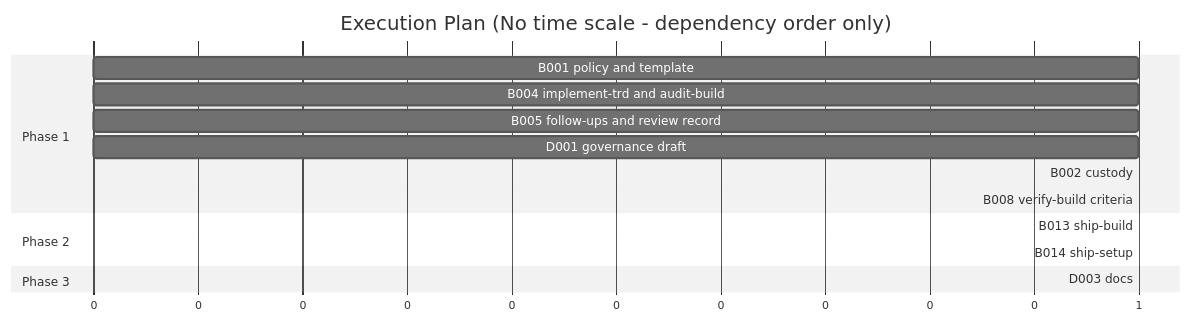
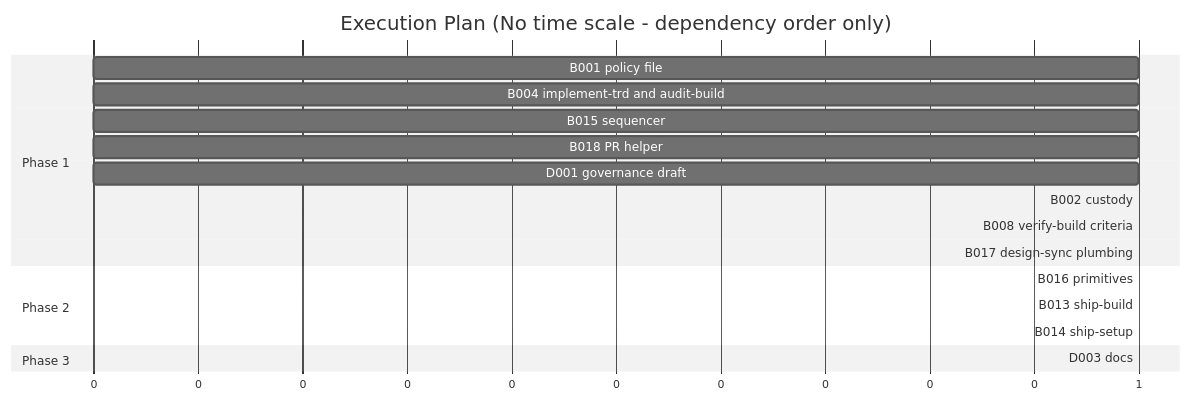
Before and after one commit to FortiumPartners/ensemble-vnext: the third of 3 diagrams in docs/TRD/ship-build.md, drawn with Mermaid (neutral theme). The commit also changed other lines of this file and 1 other file, not shown here.

First line of the commit message:
docs(ship-build): TRD 2.0.0 — shipping primitives, auto post-merge sync-design, re-grounded

````diff
--- a/docs/TRD/ship-build.md
+++ b/docs/TRD/ship-build.md
@@ -592,18 +674,21 @@
 ```mermaid
 gantt
     title Execution Plan (No time scale - dependency order only)
     dateFormat X
     axisFormat %s
     section Phase 1
-    B001 policy and template: b001, 0, 1
+    B001 policy file: b001, 0, 1
     B004 implement-trd and audit-build: b004, 0, 1
-    B005 follow-ups and review record: b005, 0, 1
+    B015 sequencer: b015, 0, 1
+    B018 PR helper: b018, 0, 1
     D001 governance draft: d001, 0, 1
     B002 custody: b002, after b001, 1
     B008 verify-build criteria: b008, after b004, 1
+    B017 design-sync plumbing: b017, after b004, 1
     section Phase 2
-    B013 ship-build: b013, after b002 b005 b008, 1
-    B014 ship-setup: b014, after b001, 1
+    B016 primitives: b016, after b002 b008 b015 b017 b018, 1
+    B013 ship-build: b013, after b016, 1
+    B014 ship-setup: b014, after b016, 1
     section Phase 3
     D003 docs: d003, after b013 b014, 1
 ```
````
